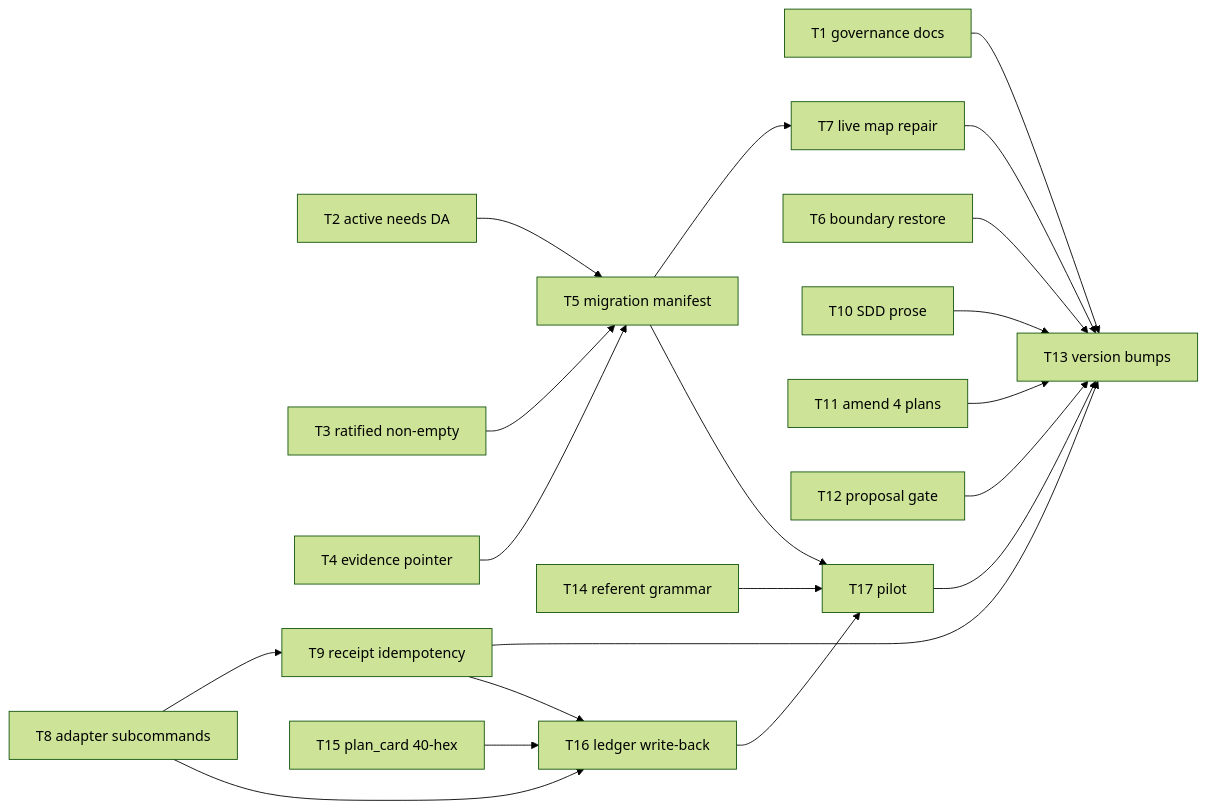
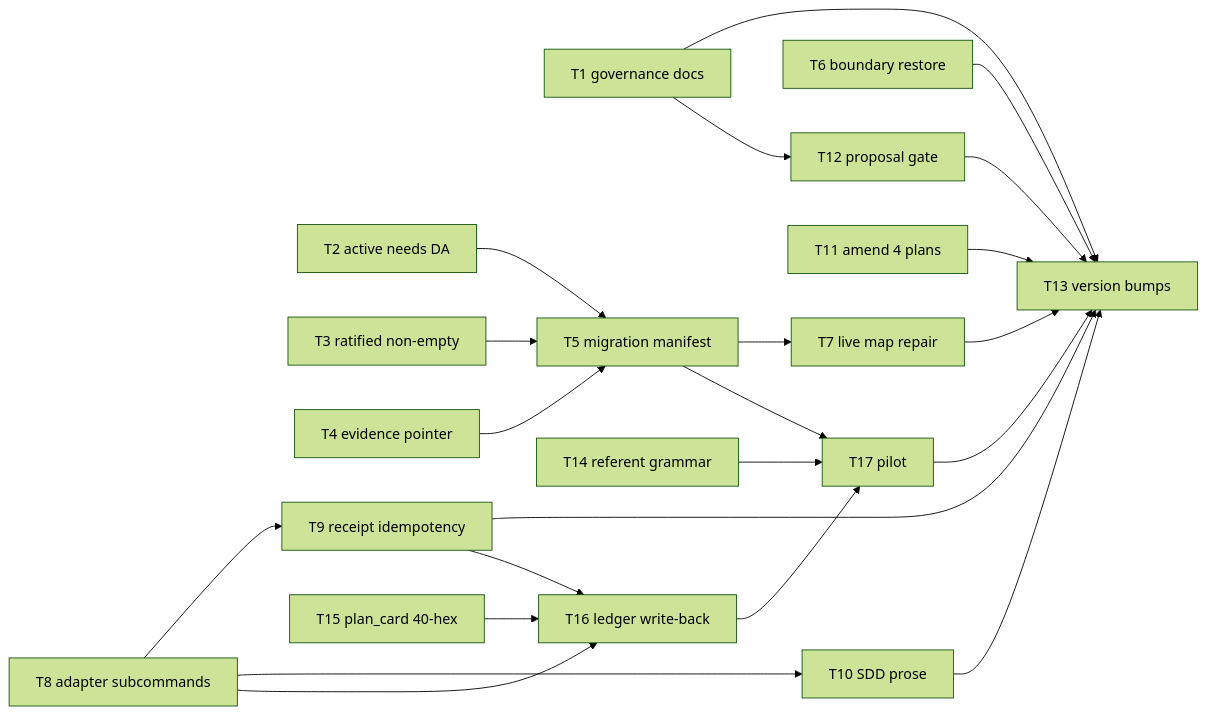
Before and after one commit to kouko/monkey-skills: the diagram in docs/loom/plans/2026-08-31-contract-repair-post-v3.md, drawn with Mermaid (forest theme). The commit also changed other lines of this file and 1 other file, not shown here.

````diff
--- a/docs/loom/plans/2026-08-31-contract-repair-post-v3.md
+++ b/docs/loom/plans/2026-08-31-contract-repair-post-v3.md
@@ -17,17 +17,19 @@
 ```mermaid
 flowchart LR
 T1[T1 governance docs] --> T13[T13 version bumps]
 T2[T2 active needs DA] --> T5[T5 migration manifest] --> T7[T7 live map repair] --> T13
 T3[T3 ratified non-empty] --> T5
 T4[T4 evidence pointer] --> T5
 T6[T6 boundary restore] --> T13
 T8[T8 adapter subcommands] --> T9[T9 receipt idempotency] --> T13
 T10[T10 SDD prose] --> T13
 T11[T11 amend 4 plans] --> T13
 T12[T12 proposal gate] --> T13
+T1 --> T12
+T8 --> T10
 T14[T14 referent grammar] --> T17[T17 pilot] --> T13
 T15[T15 plan_card 40-hex] --> T16[T16 ledger write-back] --> T17
 T8 --> T16
 T9 --> T16
 T5 --> T17
 ```
````
